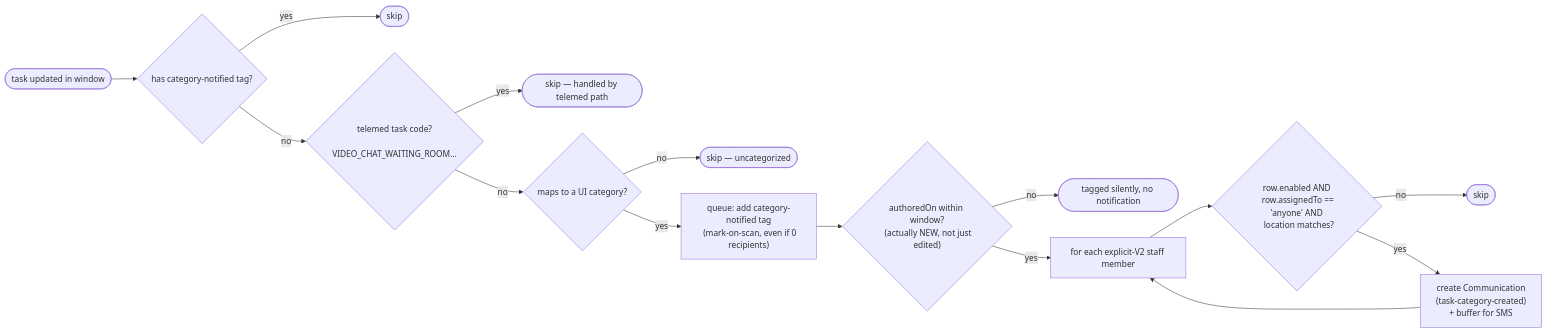
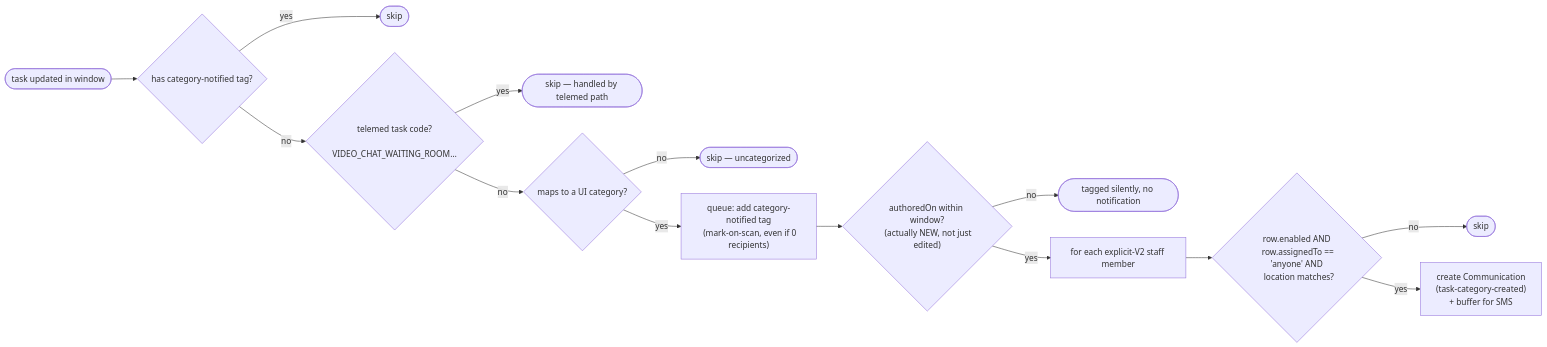
The third of 5 diagrams in docs/provider-notifications.md (masslight/ottehr), drawn with Mermaid before and after one commit.

````diff
--- a/docs/provider-notifications.md
+++ b/docs/provider-notifications.md
@@ -189,24 +189,23 @@
 ```mermaid
 flowchart LR
   T([task updated in window]) --> TAG{has category-notified tag?}
   TAG -- yes --> SKIP1([skip])
   TAG -- no --> TELE{telemed task code?
    VIDEO_CHAT_WAITING_ROOM…}
   TELE -- yes --> SKIP2([skip — handled by telemed path])
   TELE -- no --> CAT{maps to a UI category?}
   CAT -- no --> SKIP3([skip — uncategorized])
   CAT -- yes --> MARK["queue: add category-notified tag
   (mark-on-scan, even if 0 recipients)"]
   MARK --> NEW{"authoredOn within window?
   (actually NEW, not just edited)"}
   NEW -- no --> SKIP4([tagged silently, no notification])
   NEW -- yes --> LOOP[for each explicit-V2 staff member]
   LOOP --> M{"row.enabled AND
   row.assignedTo == 'anyone' AND
   location matches?"}
   M -- no --> SKIP5([skip])
   M -- yes --> MAKE["create Communication
   (task-category-created)
   + buffer for SMS"]
-  MAKE --> LOOP
 ```
````
